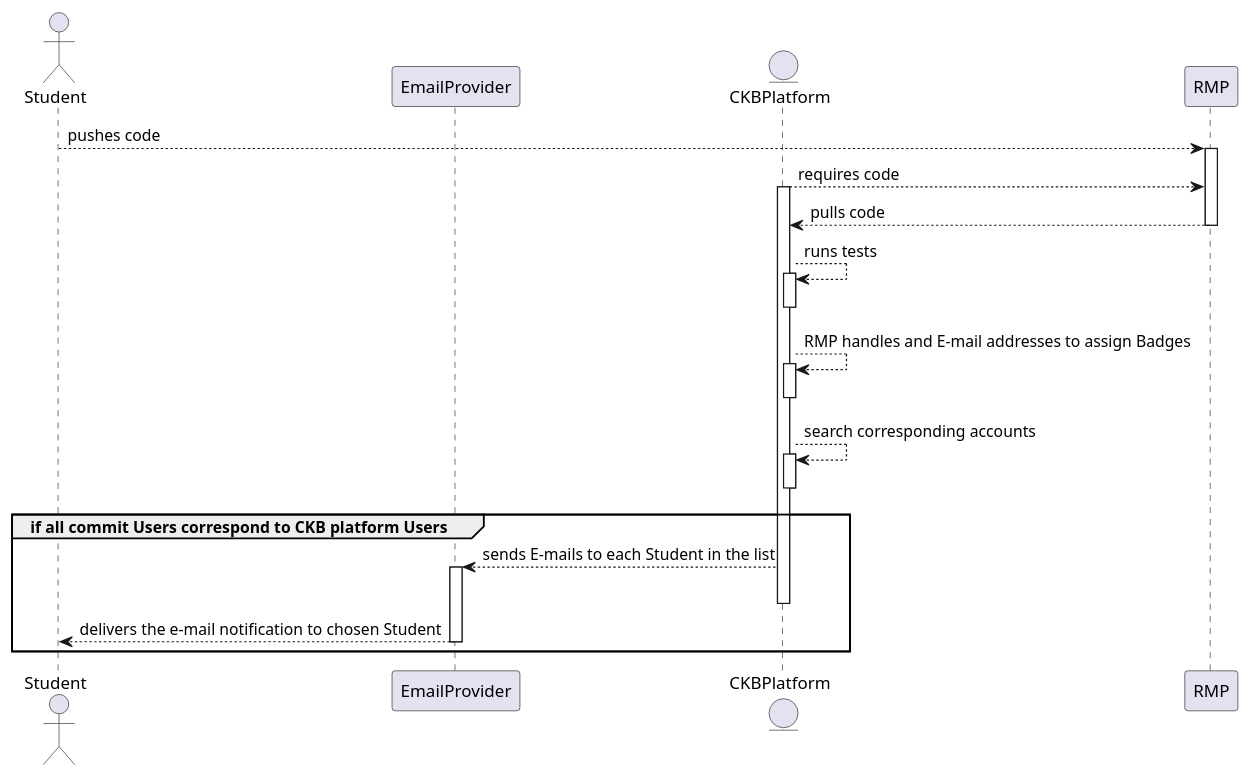
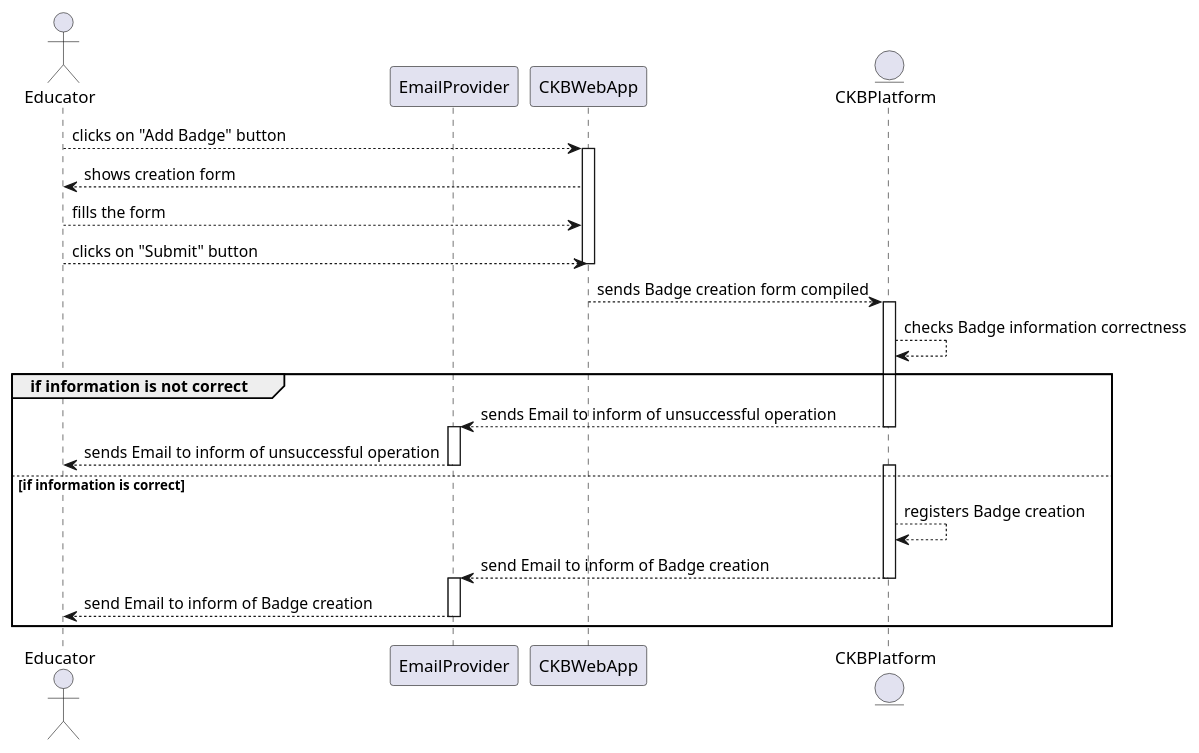
The diagram in _RASD/Images/UML/sequenceDiagram/sequenceDiagramUC7.wsd (Angelo7672/SE2_Requirement-and-Design-Document), drawn with PlantUML before and after one commit. The commit also changed 10 other files, not shown here.

Commit message:
sequence diagram number fix

```diff
--- a/_RASD/Images/UML/sequenceDiagram/sequenceDiagramUC7.wsd
+++ b/_RASD/Images/UML/sequenceDiagram/sequenceDiagramUC7.wsd
@@ -1,31 +1,31 @@
 @startuml
+actor Educator as E
+participant EmailProvider as EP
+participant CKBWebApp as A
+entity CKBPlatform as P
 
-actor Student as S
-participant EmailProvider as E
-entity CKBPlatform as P
-participant RMP as R
-
-S--->R: pushes code
-activate R
-P--->R: requires code
+E-->A: clicks on "Add Badge" button
+activate A
+E<--A: shows creation form
+E-->A: fills the form
+E-->A: clicks on "Submit" button 
+deactivate A
+A-->P: sends Badge creation form compiled
 activate P
-P<---R: pulls code
-deactivate R
-P--->P: runs tests
-activate P
-deactivate P
-P--->P: RMP handles and E-mail addresses to assign Badges
-activate P
-deactivate P
-P--->P: search corresponding accounts
-activate P
-deactivate P
-group if all commit Users correspond to CKB platform Users
-    P--->E: sends E-mails to each Student in the list
-    activate E
+P-->P: checks Badge information correctness
+group if information is not correct
+    P-->EP: sends Email to inform of unsuccessful operation
     deactivate P
-    E--->S: delivers the e-mail notification to chosen Student
-    deactivate E
-end 
-
+    activate EP
+    E<--EP: sends Email to inform of unsuccessful operation
+    deactivate EP
+else if information is correct
+    activate P
+    P-->P: registers Badge creation
+    P-->EP: send Email to inform of Badge creation
+    deactivate P
+    activate EP
+    E<--EP: send Email to inform of Badge creation
+    deactivate EP
+end
 @enduml
```
